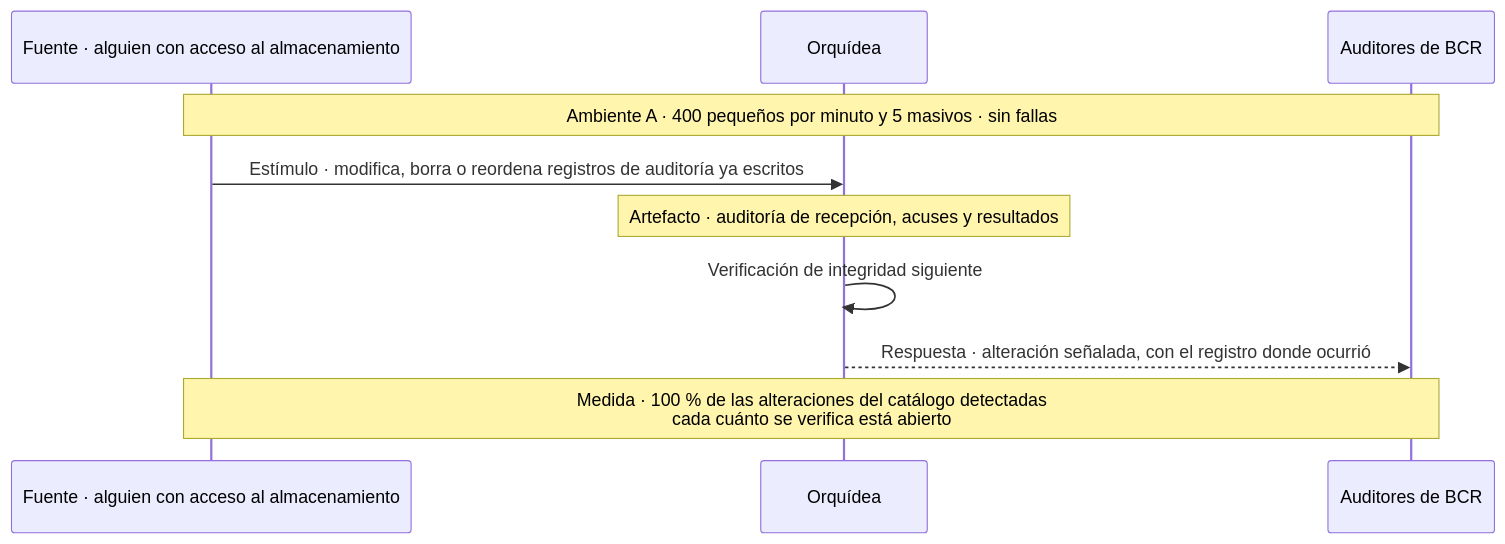
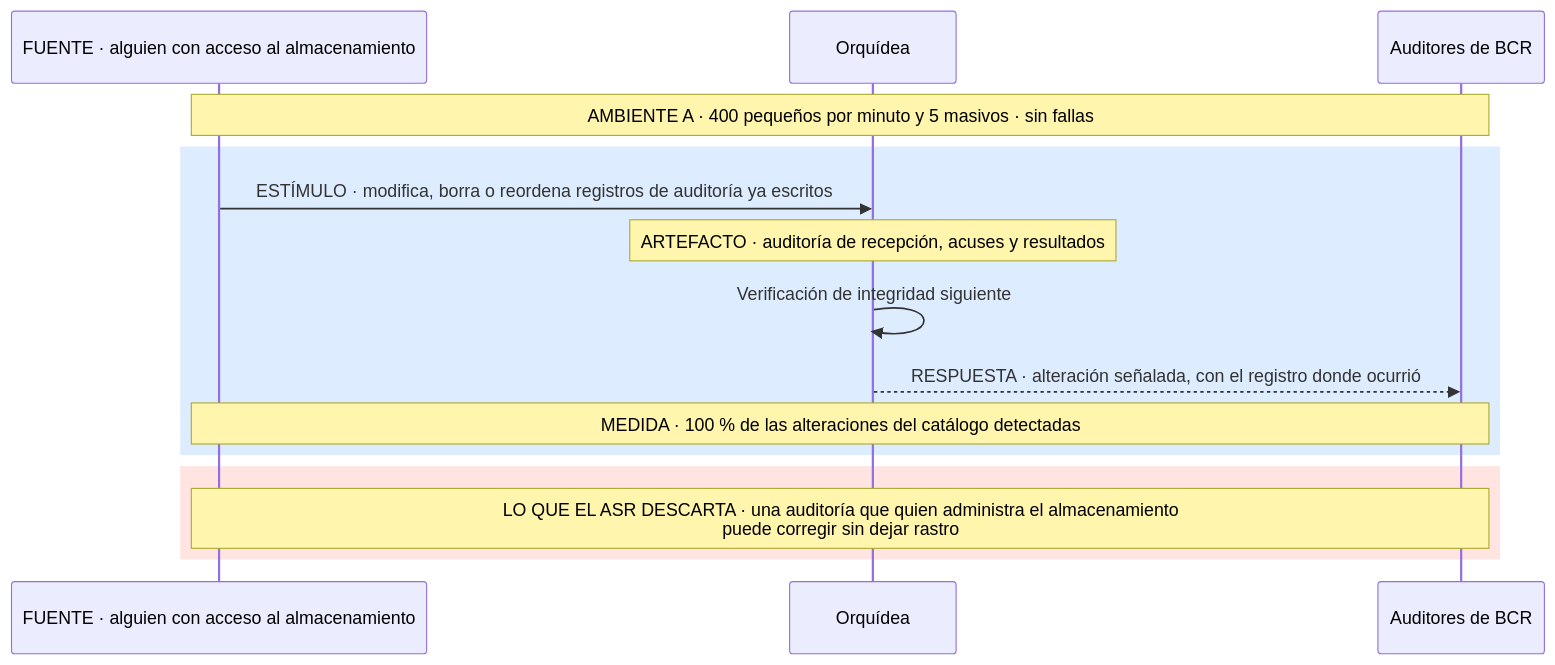
Before and after one commit to MATI-MBIT/arqsoft-reto-4: diagram 16 of 17 in docs/quality-attributes.md, drawn with Mermaid. The commit also changed other lines of this file, not shown here.

Commit message:
Rediseña los diagramas de los ASR: banda de lo medido y banda de lo que el ASR descarta

````diff
--- a/docs/quality-attributes.md
+++ b/docs/quality-attributes.md
@@ -600,12 +683,17 @@
 ```mermaid
 sequenceDiagram
-    participant X as Fuente · alguien con acceso al almacenamiento
+    participant X as FUENTE · alguien con acceso al almacenamiento
     participant O as Orquídea
     participant Au as Auditores de BCR
-    Note over X,Au: Ambiente A · 400 pequeños por minuto y 5 masivos · sin fallas
-    X->>O: Estímulo · modifica, borra o reordena registros de auditoría ya escritos
-    Note over O: Artefacto · auditoría de recepción, acuses y resultados
+    Note over X,Au: AMBIENTE A · 400 pequeños por minuto y 5 masivos · sin fallas
+    rect rgb(222, 236, 255)
+    X->>O: ESTÍMULO · modifica, borra o reordena registros de auditoría ya escritos
+    Note over O: ARTEFACTO · auditoría de recepción, acuses y resultados
     O->>O: Verificación de integridad siguiente
-    O-->>Au: Respuesta · alteración señalada, con el registro donde ocurrió
-    Note over X,Au: Medida · 100 % de las alteraciones del catálogo detectadas<br/>cada cuánto se verifica está abierto
+    O-->>Au: RESPUESTA · alteración señalada, con el registro donde ocurrió
+    Note over X,Au: MEDIDA · 100 % de las alteraciones del catálogo detectadas
+    end
+    rect rgb(255, 228, 225)
+    Note over X,Au: LO QUE EL ASR DESCARTA · una auditoría que quien administra el almacenamiento<br/>puede corregir sin dejar rastro
+    end
 ```
````
